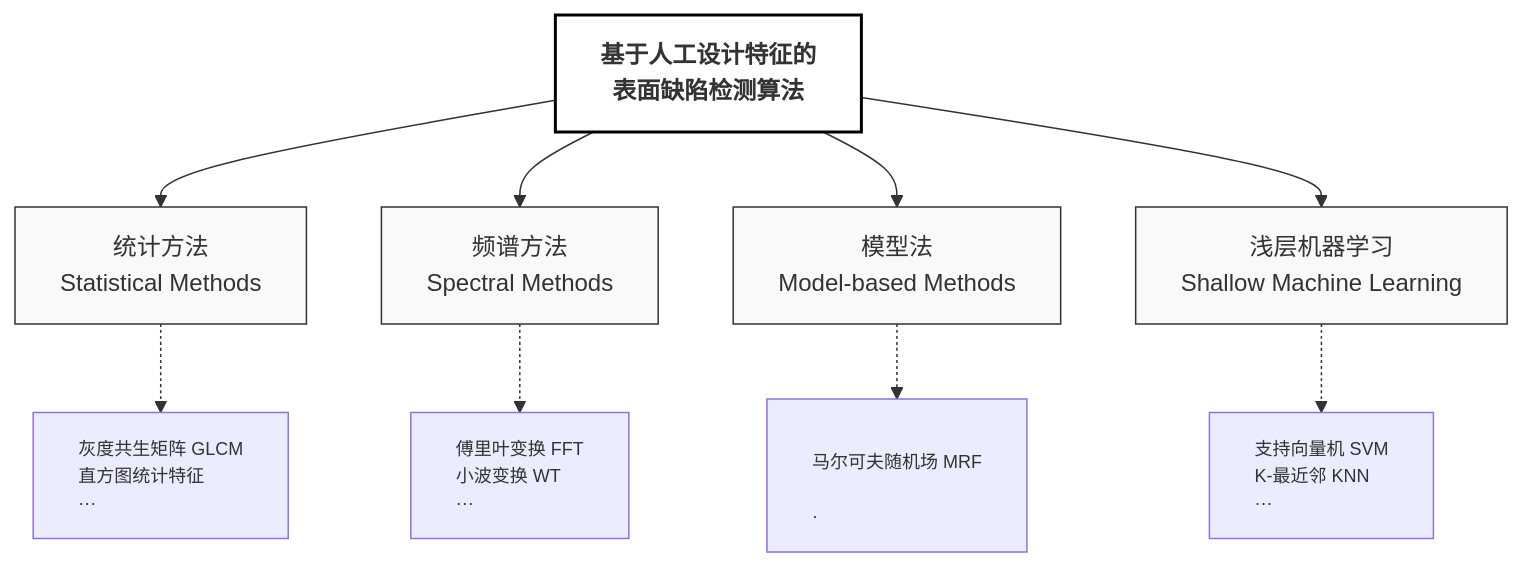
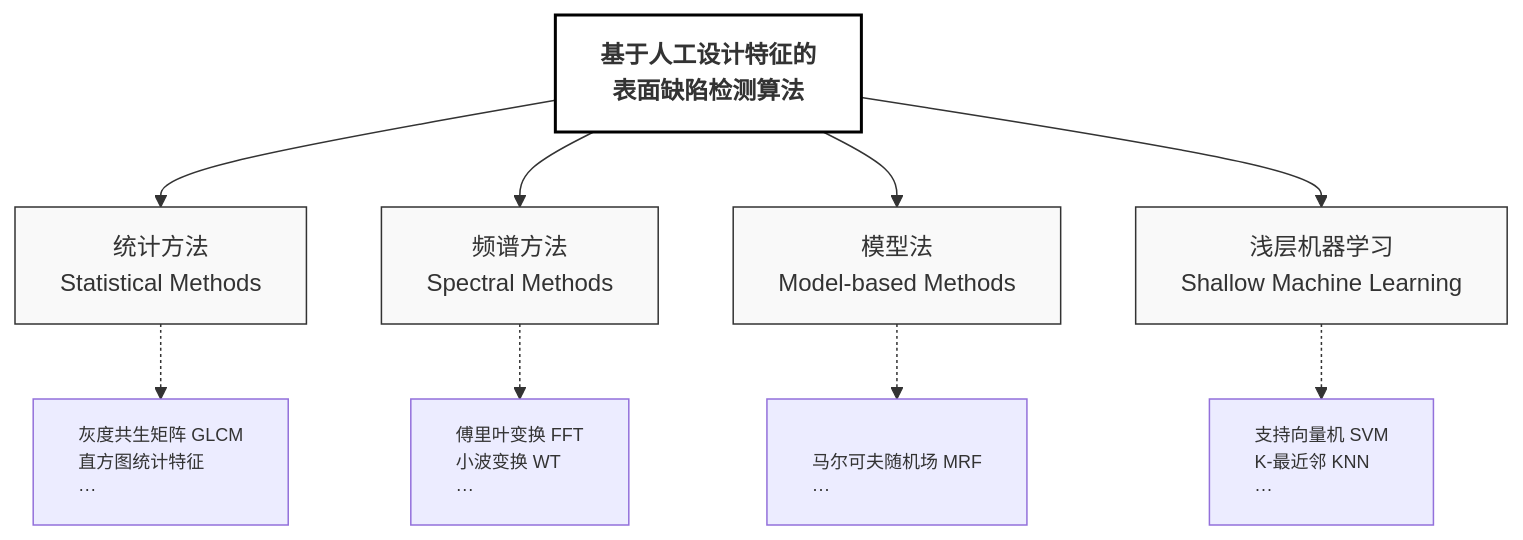
One commit to MAOSHENGsong/iodraw-files changed the diagram in all/未命名-1.md. Above: the diagram before and after it, drawn with Mermaid.

Commit message:
2026-03-17 18:29:13 update

````diff
--- a/all/未命名-1.md
+++ b/all/未命名-1.md
@@ -1,43 +1,43 @@
 ```mermaid
 graph TB
     %% 核心标题
     Main[
     基于人工设计特征的
     表面缺陷检测算法] 
     
     %% 第一层级：四大分支
     Statistical[统计方法<br/>Statistical Methods]
     Spectral[频谱方法<br/>Spectral Methods]
     Model[模型法<br/>Model-based Methods]
     Machine[浅层机器学习<br/>Shallow Machine Learning]
 
     %% 第二层级：典型算法
     Sub_Stat[灰度共生矩阵 GLCM<br/>直方图统计特征<br/>···]
     Sub_Spec[傅里叶变换 FFT<br/>小波变换 WT<br/>···]
-    Sub_Mod[<br/>马尔可夫随机场 MRF<br/><br/>·]
+    Sub_Mod[<br/>马尔可夫随机场 MRF<br/>···<br/>]
     Sub_Mach[支持向量机 SVM<br/>K-最近邻 KNN<br/>···]
 
     %% 建立连接
     Main --> Statistical
     Main --> Spectral
     Main --> Model
     Main --> Machine
 
     Statistical -.-> Sub_Stat
     Spectral -.-> Sub_Spec
     Model -.-> Sub_Mod
     Machine -.-> Sub_Mach
 
     %% 样式美化：论文通常使用白底黑字或淡色调
     style Main fill:#ffffff,stroke:#000,stroke-width:2px,font-weight:bold
     style Statistical fill:#f9f9f9,stroke:#333,stroke-width:1px
     style Spectral fill:#f9f9f9,stroke:#333,stroke-width:1px
     style Model fill:#f9f9f9,stroke:#333,stroke-width:1px
     style Machine fill:#f9f9f9,stroke:#333,stroke-width:1px
     
     %% 细化子项样式
     style Sub_Stat font-size:12px,text-align:left
     style Sub_Spec font-size:12px,text-align:left
     style Sub_Mod font-size:12px,text-align:left
     style Sub_Mach font-size:12px,text-align:left
 ```
````
